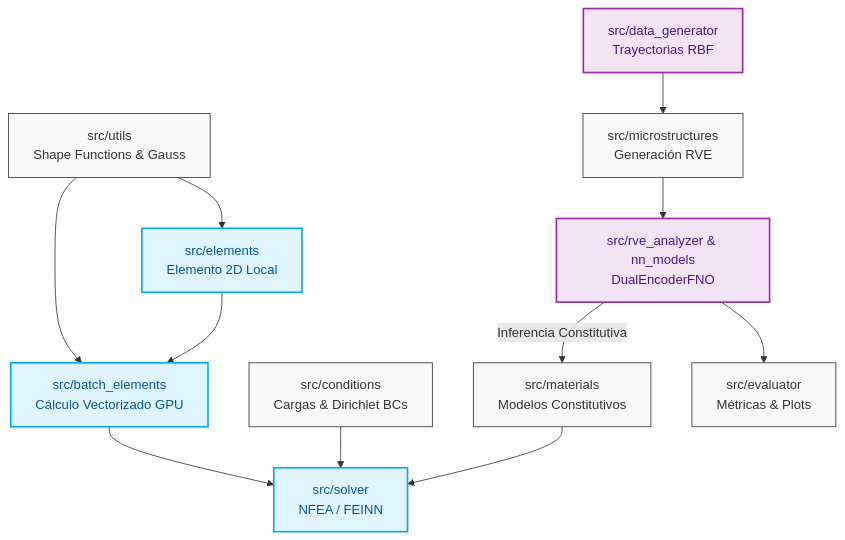
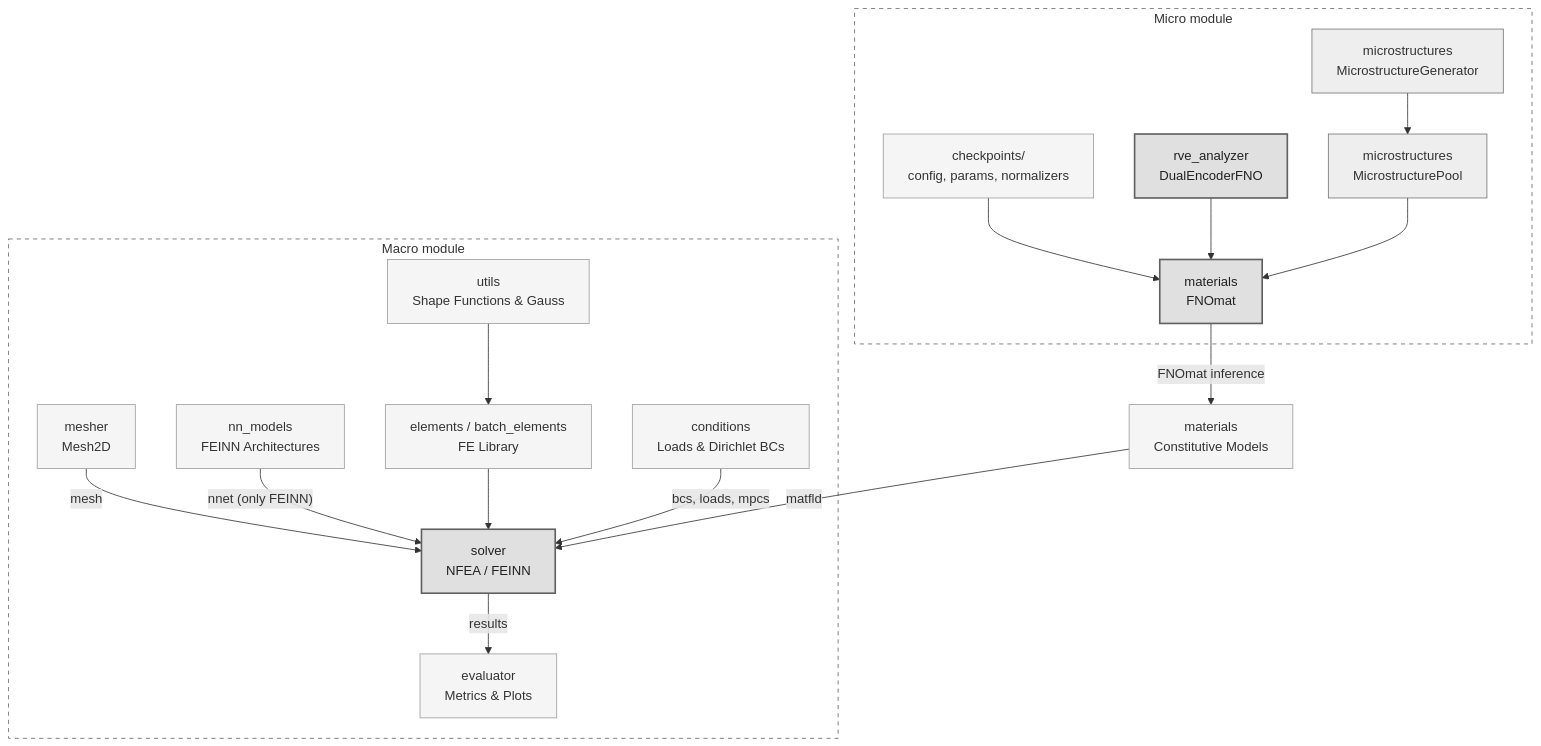
One commit to bdesia/feinn_project changed the sixth of 6 diagrams in README.md. Above: the diagram before and after it, drawn with Mermaid. The commit also changed other lines of this file, not shown here.

````diff
--- a/README.md
+++ b/README.md
@@ -16,25 +183,34 @@
 ```mermaid
 graph TD
-    %% Estilos globales
-    classDef default fill:#f9f9f9,stroke:#333,stroke-width:1px,color:#333;
-    classDef core fill:#e1f5fe,stroke:#03a9f4,stroke-width:2px,color:#01579b;
-    classDef ML fill:#f3e5f5,stroke:#9c27b0,stroke-width:2px,color:#4a148c;
+    classDef default fill:#f5f5f5,stroke:#9e9e9e,stroke-width:1px,color:#333;
+    classDef core fill:#e0e0e0,stroke:#616161,stroke-width:2px,color:#212121;
+    classDef ml fill:#eeeeee,stroke:#757575,stroke-width:1px,color:#333;
 
-    UTILS[src/utils<br>Shape Functions & Gauss] --> ELEMENTS[src/elements<br>Elemento 2D Local]
-    UTILS --> BATCH_ELEMENTS[src/batch_elements<br>Cálculo Vectorizado GPU]
-    
-    ELEMENTS --> BATCH_ELEMENTS
-    
-    BATCH_ELEMENTS --> SOLVER[src/solver<br>NFEA / FEINN]
-    CONDITIONS[src/conditions<br>Cargas & Dirichlet BCs] --> SOLVER
-    MATERIALS[src/materials<br>Modelos Constitutivos] --> SOLVER
-    
-    DATA_GEN[src/data_generator<br>Trayectorias RBF] --> MICRO[src/microstructures<br>Generación RVE]
-    MICRO --> RVE_ANALYZER[src/rve_analyzer & nn_models<br>DualEncoderFNO]
-    
-    RVE_ANALYZER -->|Inferencia Constitutiva| MATERIALS
-    RVE_ANALYZER --> EVALUATOR[src/evaluator<br>Métricas & Plots]
+    subgraph MacroModule["Macro module"]
+        UTILS[utils<br>Shape Functions & Gauss] --> ELEMENTS[elements / batch_elements<br>FE Library]
+        MESHER[mesher<br>Mesh2D] -->|mesh| SOLVER[solver<br>NFEA / FEINN]
+        NN_MODELS[nn_models<br>FEINN Architectures] -->|"nnet (only FEINN)"| SOLVER
+        ELEMENTS --> SOLVER
+        CONDITIONS[conditions<br>Loads & Dirichlet BCs] -->|"bcs, loads, mpcs"| SOLVER
+        SOLVER -->|results| EVALUATOR[evaluator<br>Metrics & Plots]
+    end
 
-    class SOLVER,ELEMENTS,BATCH_ELEMENTS core;
-    class RVE_ANALYZER,DATA_GEN ML;
+    MATERIALS[materials<br>Constitutive Models] -->|matfld| SOLVER
+
+    subgraph MicroModule["Micro module"]
+        CKPT[checkpoints/<br>config, params, normalizers]
+        DUAL_FNO[rve_analyzer<br>DualEncoderFNO]
+        MICRO_GEN[microstructures<br>MicrostructureGenerator] --> MICRO_POOL[microstructures<br>MicrostructurePool]
+        CKPT --> FNOMAT[materials<br>FNOmat]
+        DUAL_FNO --> FNOMAT
+        MICRO_POOL --> FNOMAT
+    end
+
+    FNOMAT -->|FNOmat inference| MATERIALS
+
+    style MacroModule fill:none,stroke:#666,stroke-dasharray:5 5
+    style MicroModule fill:none,stroke:#666,stroke-dasharray:5 5
+    class SOLVER core;
+    class FNOMAT,DUAL_FNO core;
+    class MICRO_GEN,MICRO_POOL ml;
 ```
````
